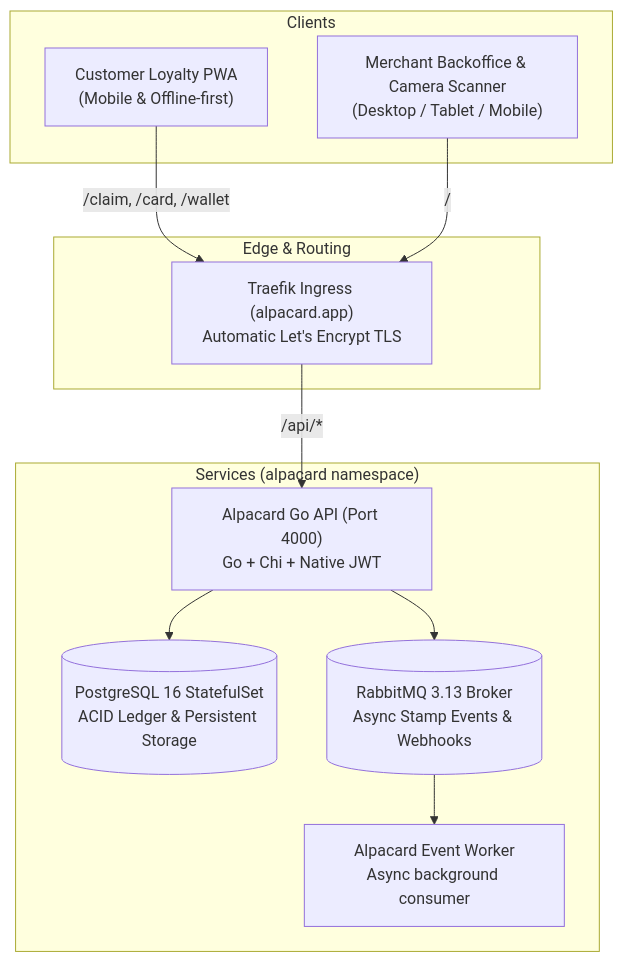
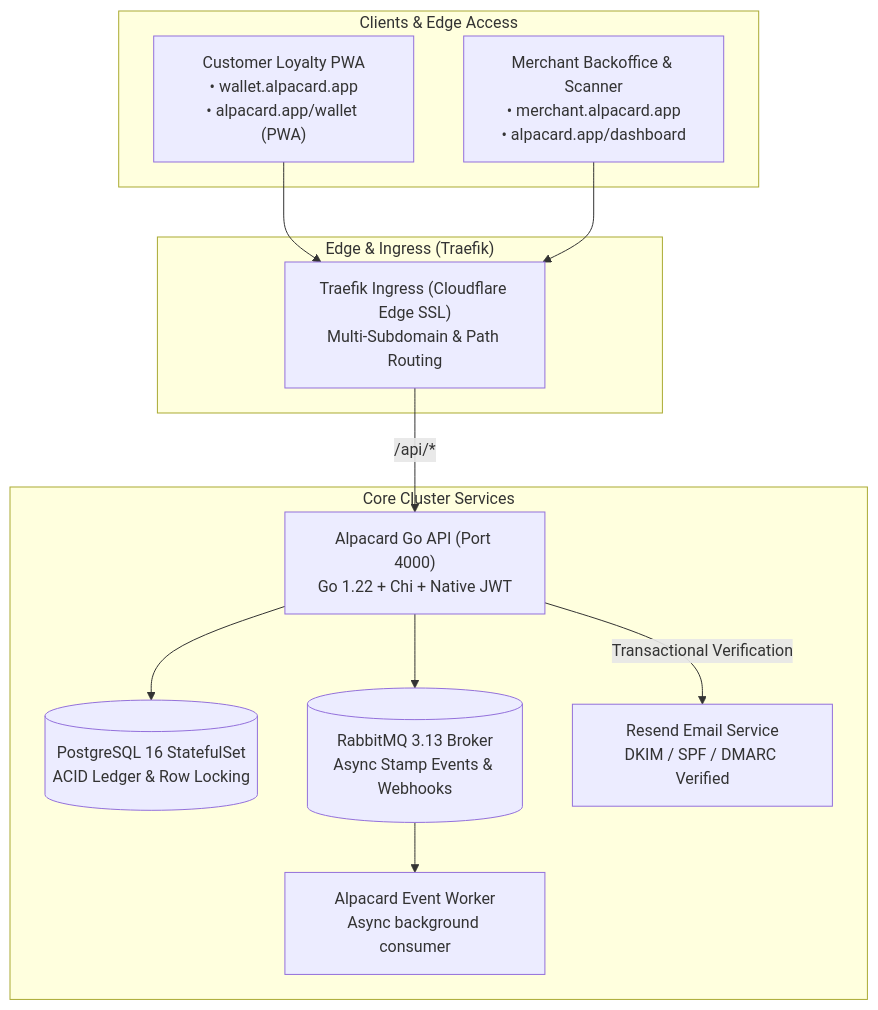
The third of 3 diagrams in README.md (Gabmetal/alpacard-web), drawn with Mermaid before and after one commit. The commit also changed other lines of this file and 1 other file, not shown here.

Commit message:
docs: update README and wiki with subdomains, email verification, and role isolation features

````diff
--- a/README.md
+++ b/README.md
@@ -192,25 +215,27 @@
 ```mermaid
 flowchart TD
-    subgraph Clients["Clients"]
-        CustomerWallet["Customer Loyalty PWA<br/>(Mobile & Offline-first)"]
-        MerchantWeb["Merchant Backoffice & Camera Scanner<br/>(Desktop / Tablet / Mobile)"]
+    subgraph Clients["Clients & Edge Access"]
+        CustomerWallet["Customer Loyalty PWA<br/>• wallet.alpacard.app<br/>• alpacard.app/wallet (PWA)"]
+        MerchantWeb["Merchant Backoffice & Scanner<br/>• merchant.alpacard.app<br/>• alpacard.app/dashboard"]
     end
 
-    subgraph Ingress["Edge & Routing"]
-        Traefik["Traefik Ingress (alpacard.app)<br/>Automatic Let's Encrypt TLS"]
+    subgraph Ingress["Edge & Ingress (Traefik)"]
+        Traefik["Traefik Ingress (Cloudflare Edge SSL)<br/>Multi-Subdomain & Path Routing"]
     end
 
-    subgraph Services["Services (alpacard namespace)"]
-        GoAPI["Alpacard Go API (Port 4000)<br/>Go + Chi + Native JWT"]
-        Postgres[("PostgreSQL 16 StatefulSet<br/>ACID Ledger & Persistent Storage")]
+    subgraph Services["Core Cluster Services"]
+        GoAPI["Alpacard Go API (Port 4000)<br/>Go 1.22 + Chi + Native JWT"]
+        Postgres[("PostgreSQL 16 StatefulSet<br/>ACID Ledger & Row Locking")]
         RabbitMQ[("RabbitMQ 3.13 Broker<br/>Async Stamp Events & Webhooks")]
         GoWorker["Alpacard Event Worker<br/>Async background consumer"]
+        Resend["Resend Email Service<br/>DKIM / SPF / DMARC Verified"]
     end
 
-    CustomerWallet -->|/claim, /card, /wallet| Traefik
-    MerchantWeb -->|/| Traefik
+    CustomerWallet --> Traefik
+    MerchantWeb --> Traefik
     Traefik -->|/api/*| GoAPI
     GoAPI --> Postgres
     GoAPI --> RabbitMQ
+    GoAPI -->|Transactional Verification| Resend
     RabbitMQ --> GoWorker
 ```
````
